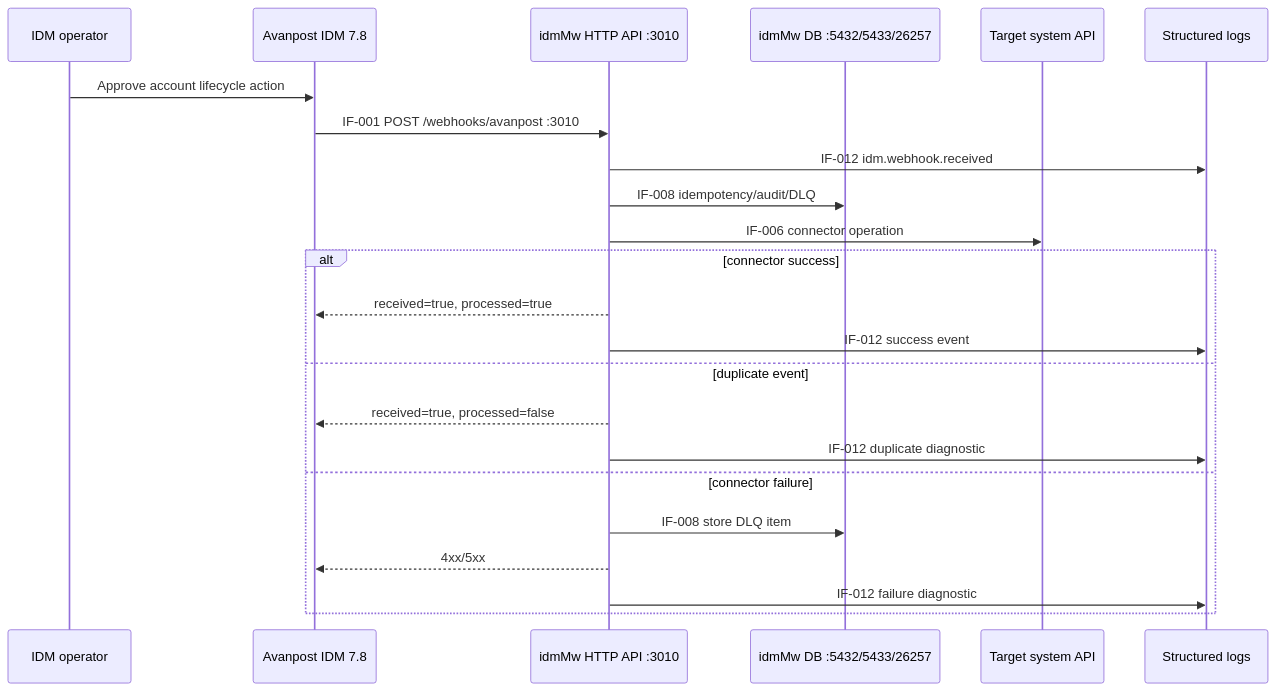
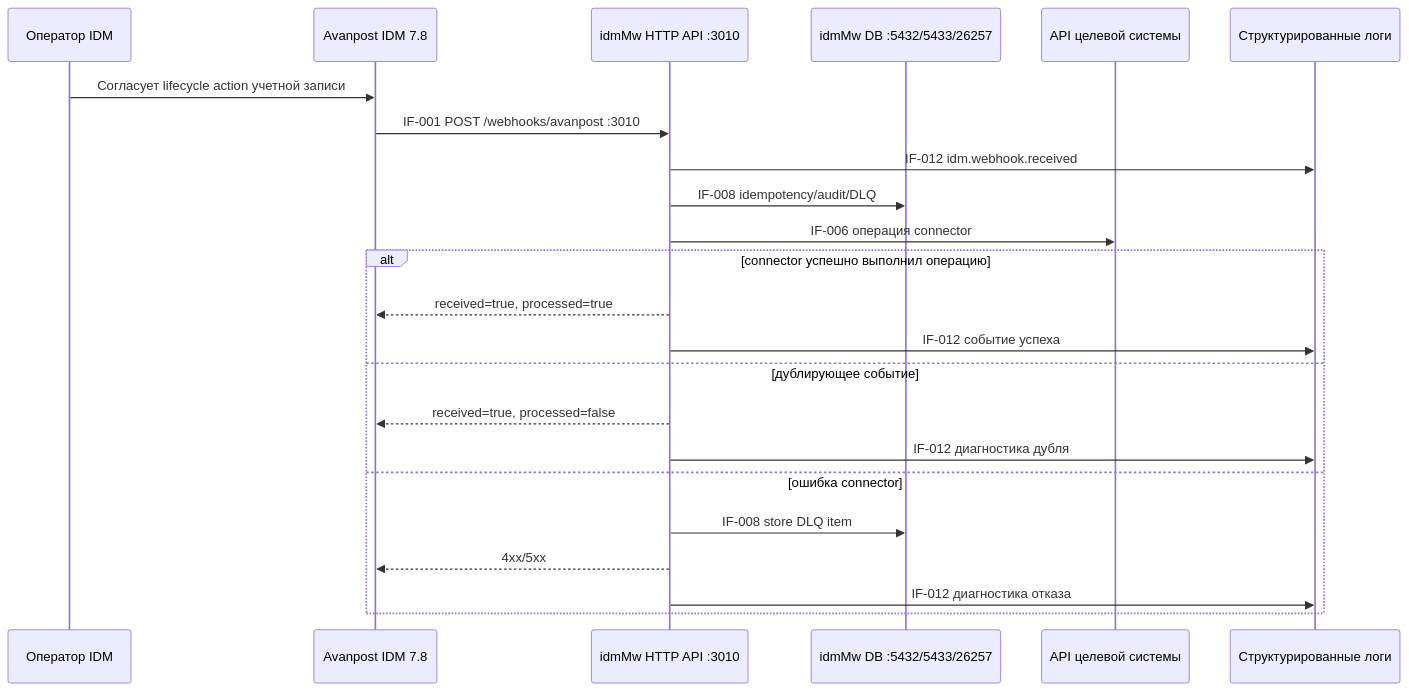
Before and after one commit to igorlyapin-max/idmMw: the first of 5 diagrams in aa/business-processes.md, drawn with Mermaid. The commit also changed other lines of this file and 11 other files, not shown here.

Commit message:
docs: translate architecture artifacts to Russian

````diff
--- a/aa/business-processes.md
+++ b/aa/business-processes.md
@@ -5,26 +5,26 @@
 ```mermaid
 sequenceDiagram
-  participant Operator as IDM operator
+  participant Operator as Оператор IDM
   participant IDM as Avanpost IDM 7.8
   participant MW as idmMw HTTP API :3010
   participant DB as idmMw DB :5432/5433/26257
-  participant Target as Target system API
-  participant Logs as Structured logs
+  participant Target as API целевой системы
+  participant Logs as Структурированные логи
 
-  Operator->>IDM: Approve account lifecycle action
+  Operator->>IDM: Согласует lifecycle action учетной записи
   IDM->>MW: IF-001 POST /webhooks/avanpost :3010
   MW->>Logs: IF-012 idm.webhook.received
   MW->>DB: IF-008 idempotency/audit/DLQ
-  MW->>Target: IF-006 connector operation
-  alt connector success
+  MW->>Target: IF-006 операция connector
+  alt connector успешно выполнил операцию
     MW-->>IDM: received=true, processed=true
-    MW->>Logs: IF-012 success event
-  else duplicate event
+    MW->>Logs: IF-012 событие успеха
+  else дублирующее событие
     MW-->>IDM: received=true, processed=false
-    MW->>Logs: IF-012 duplicate diagnostic
-  else connector failure
+    MW->>Logs: IF-012 диагностика дубля
+  else ошибка connector
     MW->>DB: IF-008 store DLQ item
     MW-->>IDM: 4xx/5xx
-    MW->>Logs: IF-012 failure diagnostic
+    MW->>Logs: IF-012 диагностика отказа
   end
 ```
````
